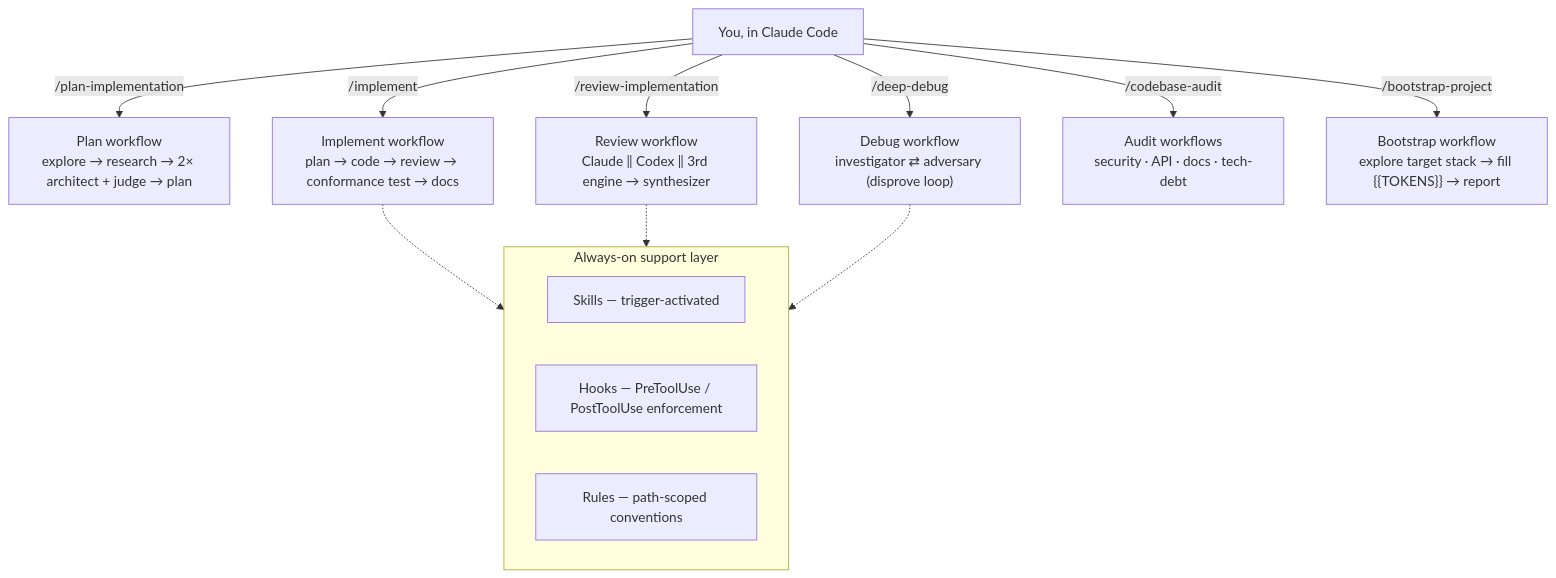
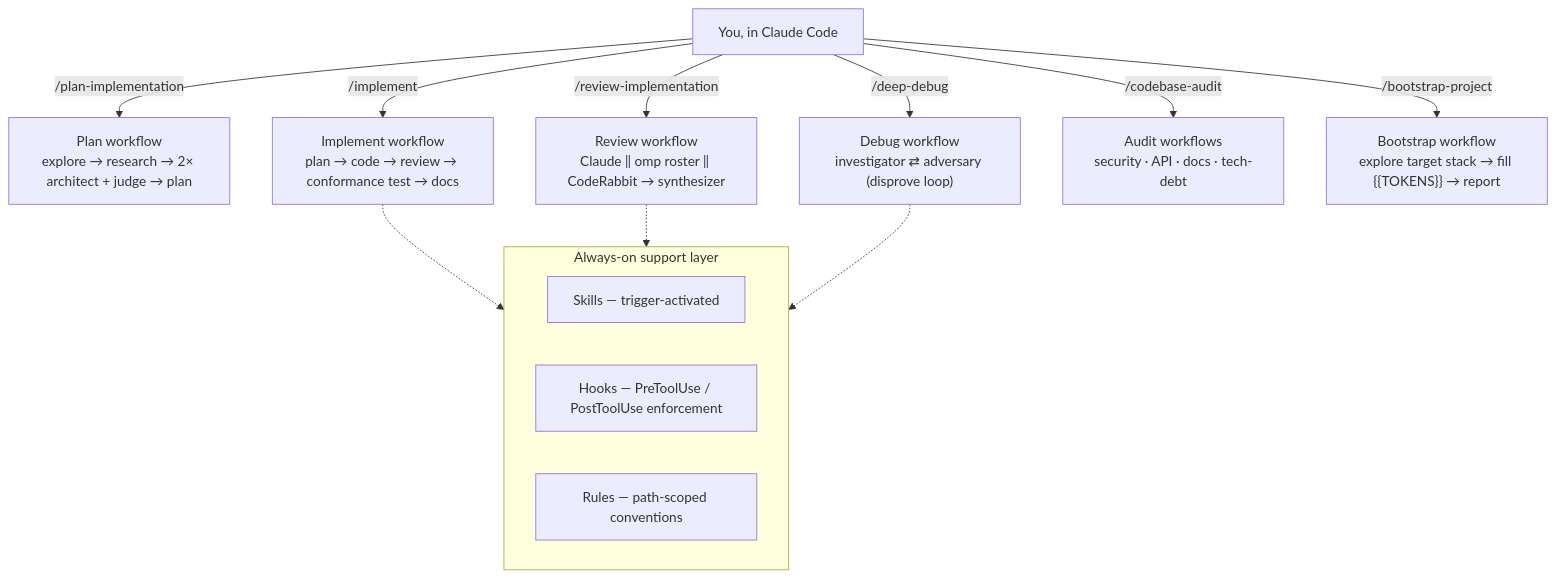
Before and after one commit to nodera-studio/agent-os: the first of 2 diagrams in README.md, drawn with Mermaid. The commit also changed other lines of this file and 6 other files, not shown here.

First line of the commit message:
Document the engine strategy and the owner-run omp setup

````diff
--- a/README.md
+++ b/README.md
@@ -99,19 +100,19 @@
 ```mermaid
 flowchart TD
     U["You, in Claude Code"] -->|"/plan-implementation"| P["Plan workflow<br/>explore → research → 2× architect + judge → plan"]
     U -->|"/implement"| I["Implement workflow<br/>plan → code → review → conformance test → docs"]
-    U -->|"/review-implementation"| R["Review workflow<br/>Claude ‖ Codex ‖ 3rd engine → synthesizer"]
+    U -->|"/review-implementation"| R["Review workflow<br/>Claude ‖ omp roster ‖ CodeRabbit → synthesizer"]
     U -->|"/deep-debug"| D["Debug workflow<br/>investigator ⇄ adversary (disprove loop)"]
     U -->|"/codebase-audit"| A["Audit workflows<br/>security · API · docs · tech-debt"]
     U -->|"/bootstrap-project"| B["Bootstrap workflow<br/>explore target stack → fill {{TOKENS}} → report"]
 
     subgraph Support["Always-on support layer"]
       S1["Skills — trigger-activated"]
       S2["Hooks — PreToolUse / PostToolUse enforcement"]
       S3["Rules — path-scoped conventions"]
     end
 
     I -.-> Support
     R -.-> Support
     D -.-> Support
 ```
````
